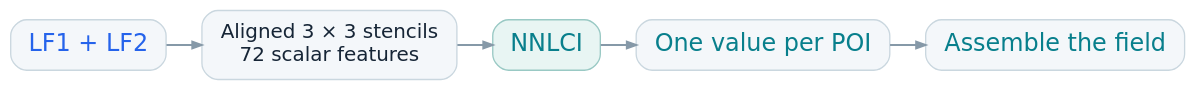
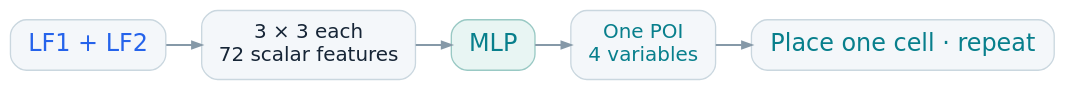
The diagram in scripts/figure_tools/poi_pipeline.dot (VYang-Lab/NNLCI), drawn with Graphviz before and after one commit. The commit also changed 18 other files, not shown here.

Commit message:
docs: clarify 3x3 inputs and reconstruct the field one POI at a time

```diff
--- a/scripts/figure_tools/poi_pipeline.dot
+++ b/scripts/figure_tools/poi_pipeline.dot
@@ -1,13 +1,13 @@
 // Production route composited beneath the LF planes and prediction mosaic.
 digraph POI {
   graph [rankdir=LR, bgcolor="transparent", pad=0.12, nodesep=0.16, ranksep=0.38];
   node [shape=box, style="rounded,filled", fontname="DejaVu Sans", fontsize=18,
         color="#cad7df", fillcolor="#f4f7fa", fontcolor="#162536", margin="0.18,0.12"];
   edge [color="#8699a8", penwidth=1.5, arrowsize=0.7];
   lf [label="LF1 + LF2", fontcolor="#2563eb"];
-  align [label="Aligned 3 × 3 stencils\n72 scalar features", fontsize=15];
-  net [label="NNLCI", fillcolor="#e8f5f3", color="#99c9c4", fontcolor="#087f8c"];
-  point [label="One value per POI", fontcolor="#087f8c"];
-  field [label="Assemble the field", fontcolor="#087f8c"];
+  align [label="3 × 3 each\n72 scalar features", fontsize=15];
+  net [label="MLP", fillcolor="#e8f5f3", color="#99c9c4", fontcolor="#087f8c"];
+  point [label="One POI\n4 variables", fontcolor="#087f8c", fontsize=15];
+  field [label="Place one cell · repeat", fontcolor="#087f8c"];
   lf -> align -> net -> point -> field;
 }
```
